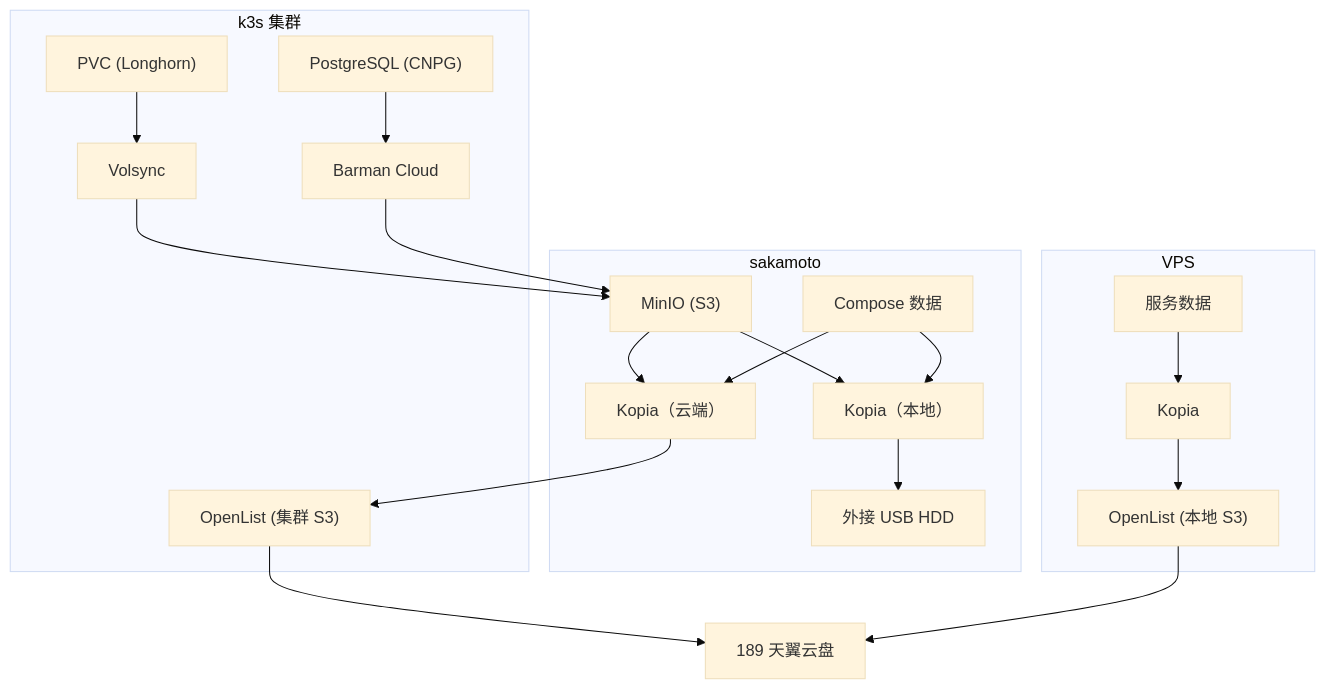
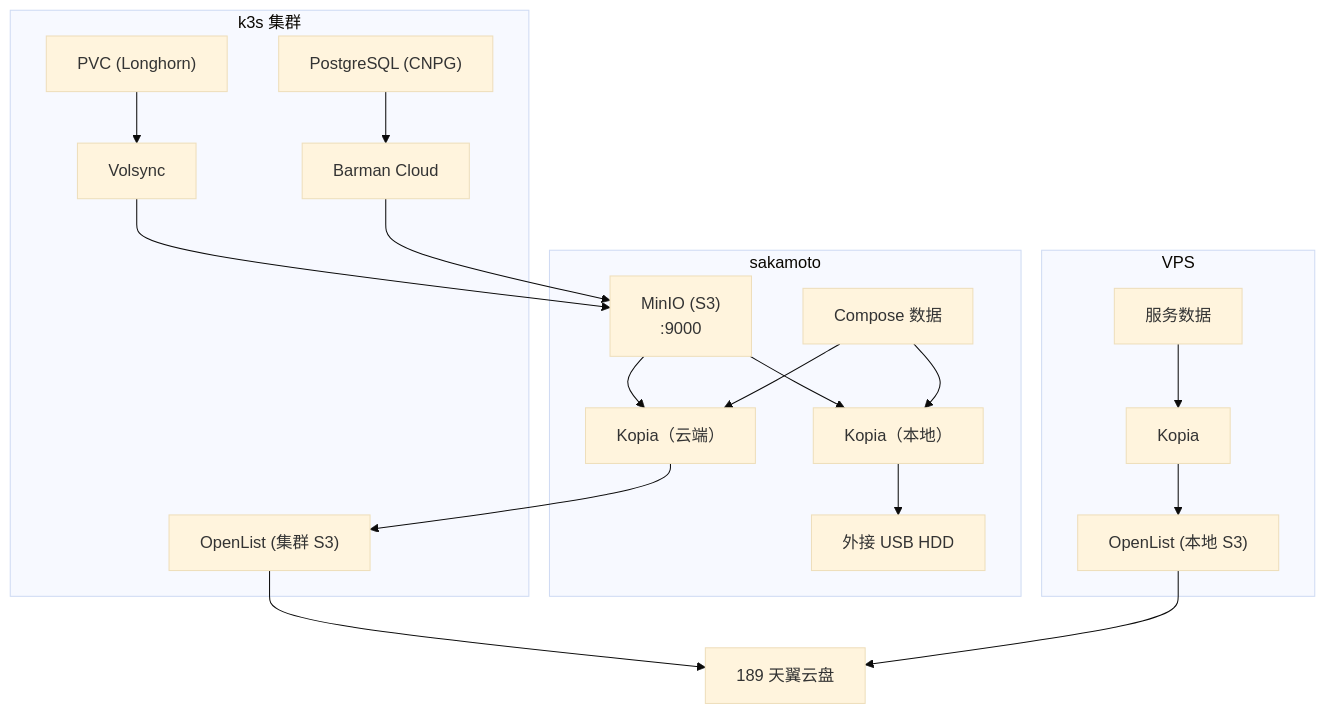
The eighth of 8 diagrams in docs/ARCHITECTURE.md (shelken/home-ops), drawn with Mermaid (base theme) before and after one commit. The commit also changed other lines of this file and 1 other file, not shown here.

First line of the commit message:
docs: 校准架构文档与历史架构图说明

````diff
--- a/docs/ARCHITECTURE.md
+++ b/docs/ARCHITECTURE.md
@@ -314,44 +324,44 @@
 ```mermaid
 graph TB
     subgraph K8S["k3s 集群"]
         PVC["PVC (Longhorn)"]
         PG["PostgreSQL (CNPG)"]
         Volsync["Volsync"]
         Barman["Barman Cloud"]
         Cluster_OpenList["OpenList (集群 S3)"]
     end
 
     subgraph SAKA_BACKUP["sakamoto"]
-        MinIO["MinIO (S3)"]
+        MinIO["MinIO (S3)<br/>:9000"]
         COMPOSE_Data["Compose 数据"]
         SAKA_Kopia["Kopia（云端）"]
         SAKA_Kopia_Local["Kopia（本地）"]
         USB_HDD["外接 USB HDD"]
     end
 
     subgraph VPS_BACKUP["VPS"]
         VPS_Data["服务数据"]
         VPS_Kopia["Kopia"]
         VPS_OpenList["OpenList (本地 S3)"]
     end
 
     Cloud["189 天翼云盘"]
 
     PVC --> Volsync
     PG --> Barman
     Volsync --> MinIO
     Barman --> MinIO
 
     MinIO --> SAKA_Kopia
     COMPOSE_Data --> SAKA_Kopia
     SAKA_Kopia --> Cluster_OpenList
     Cluster_OpenList --> Cloud
 
     MinIO --> SAKA_Kopia_Local
     COMPOSE_Data --> SAKA_Kopia_Local
     SAKA_Kopia_Local --> USB_HDD
 
     VPS_Data --> VPS_Kopia
     VPS_Kopia --> VPS_OpenList
     VPS_OpenList --> Cloud
 ```
````
